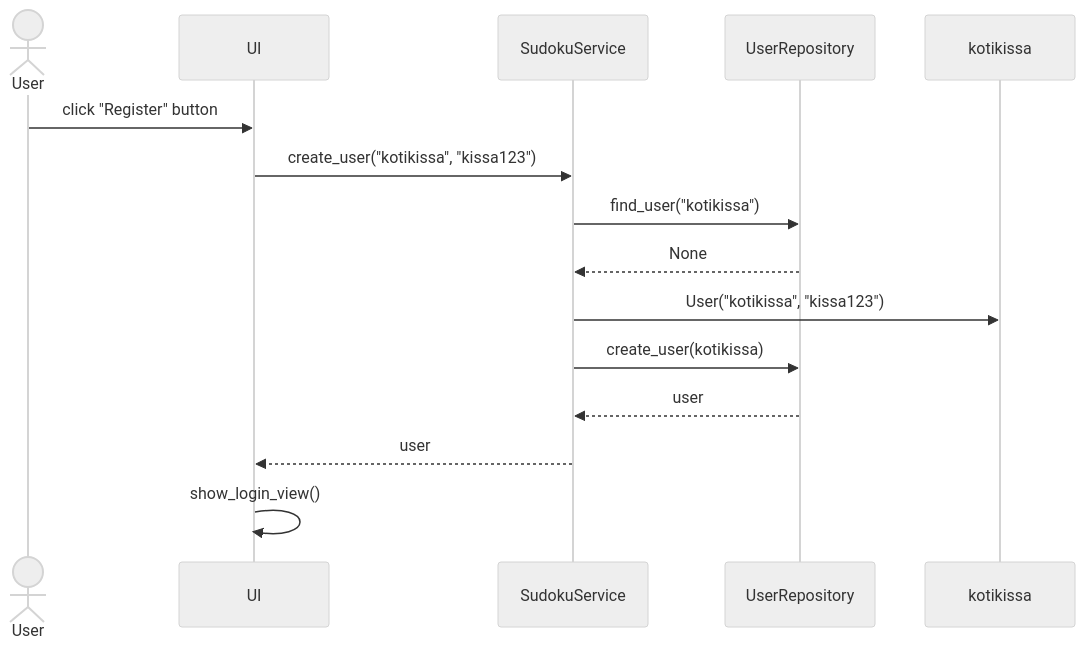
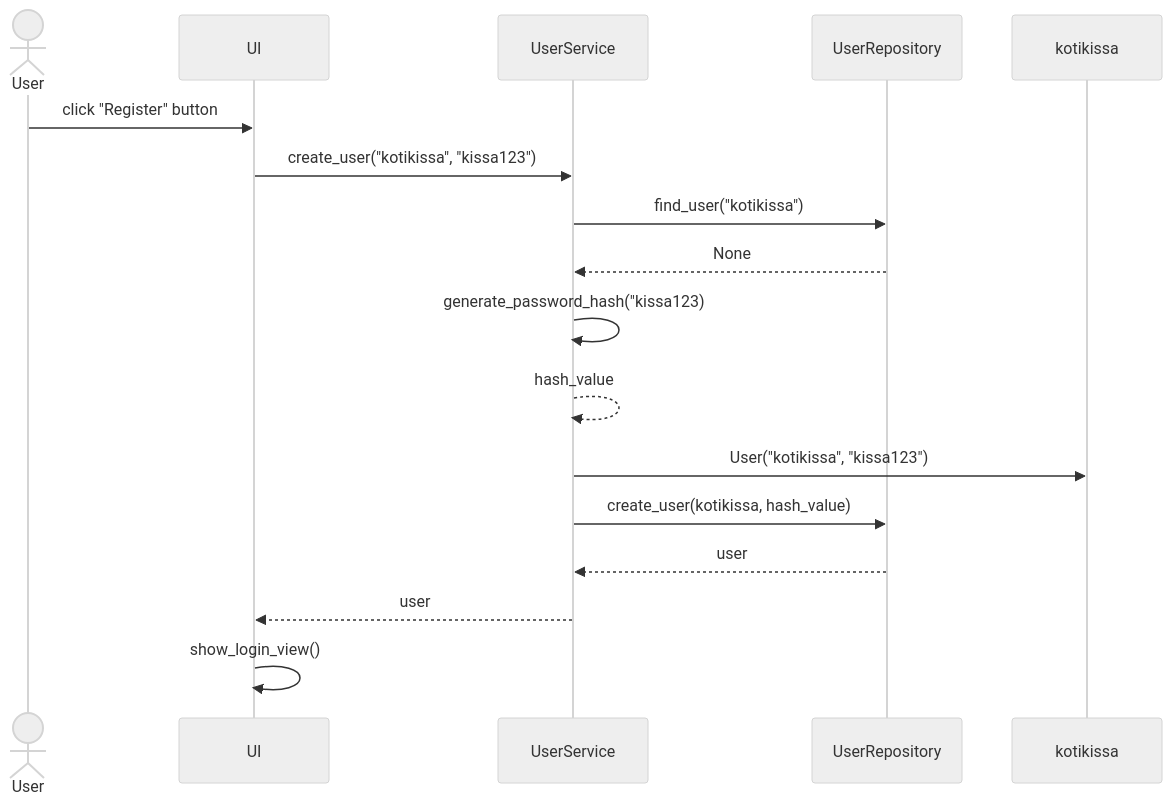
One commit to jnnhan/ot-harjoitustyo changed the second of 6 diagrams in dokumentaatio/arkkitehtuuri.md. Above: the diagram before and after it, drawn with Mermaid (neutral theme). The commit also changed other lines of this file and 5 other files, not shown here.

````diff
--- a/dokumentaatio/arkkitehtuuri.md
+++ b/dokumentaatio/arkkitehtuuri.md
@@ -77,17 +67,19 @@
 ```mermaid
 sequenceDiagram
     actor User
     participant UI
-    participant SudokuService
+    participant UserService
     participant UserRepository
     participant kotikissa
     User->>UI: click "Register" button
-    UI->>SudokuService: create_user("kotikissa", "kissa123")
-    SudokuService->>UserRepository: find_user("kotikissa")
-    UserRepository-->>SudokuService: None
-    SudokuService->>kotikissa: User("kotikissa", "kissa123")
-    SudokuService->>UserRepository: create_user(kotikissa)
-    UserRepository-->>SudokuService: user
-    SudokuService-->>UI: user
+    UI->>UserService: create_user("kotikissa", "kissa123")
+    UserService->>UserRepository: find_user("kotikissa")
+    UserRepository-->>UserService: None
+    UserService->>UserService: generate_password_hash("kissa123)
+    UserService-->>UserService: hash_value
+    UserService->>kotikissa: User("kotikissa", "kissa123")
+    UserService->>UserRepository: create_user(kotikissa, hash_value)
+    UserRepository-->>UserService: user
+    UserService-->>UI: user
     UI->>UI: show_login_view()
 ```
````
